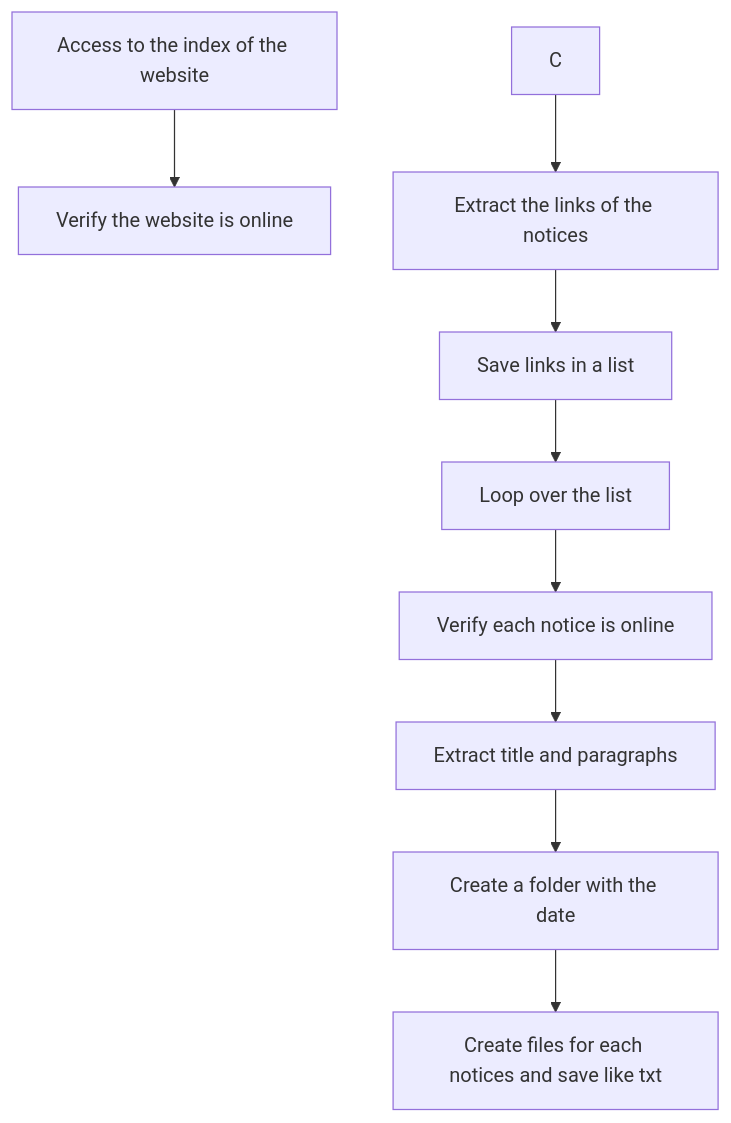
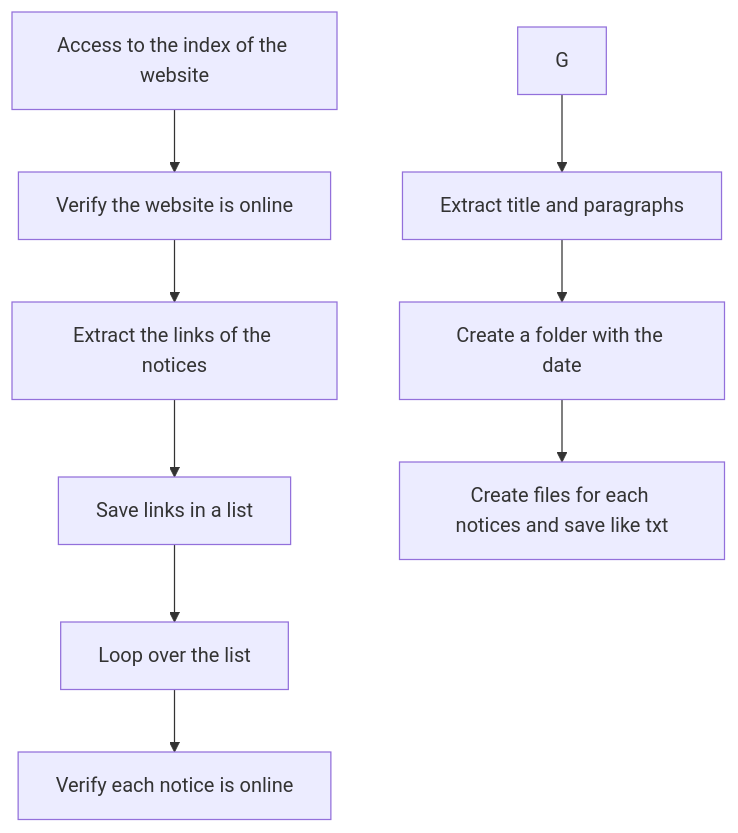
One commit to sebassaras02/Scrapper-La-Gaceta changed the diagram in README.md. Above: the diagram before and after it, drawn with Mermaid.

````diff
--- a/README.md
+++ b/README.md
@@ -28,13 +28,13 @@
 ```mermaid 
   graph TD
     A[Access to the index of the website] --> B[Verify the website is online]
-    C --> D[Extract the links of the notices]
-    D --> E[Save links in a list]
-    E --> F[Loop over the list]
-    F --> G[Verify each notice is online]
+    B --> C[Extract the links of the notices]
+    C --> D[Save links in a list]
+    D --> E[Loop over the list]
+    E --> F[Verify each notice is online]
     G --> H[Extract title and paragraphs]
     H --> K[Create a folder with the date]
     K --> L[Create files for each notices and save like txt]
 
 
 ```
````
